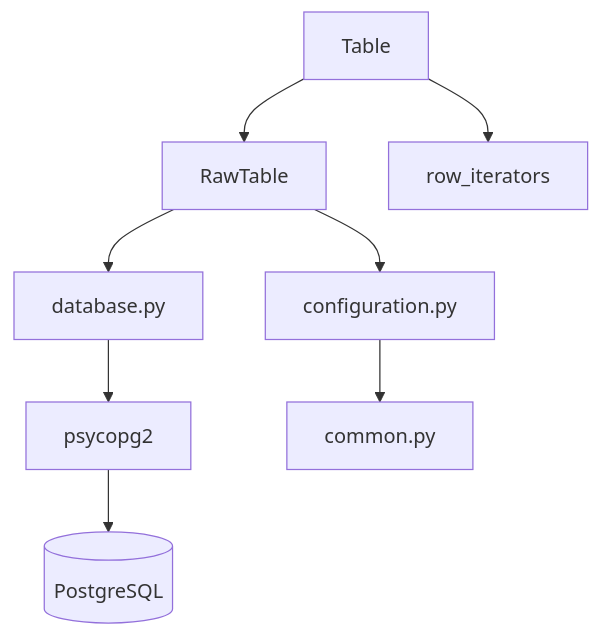
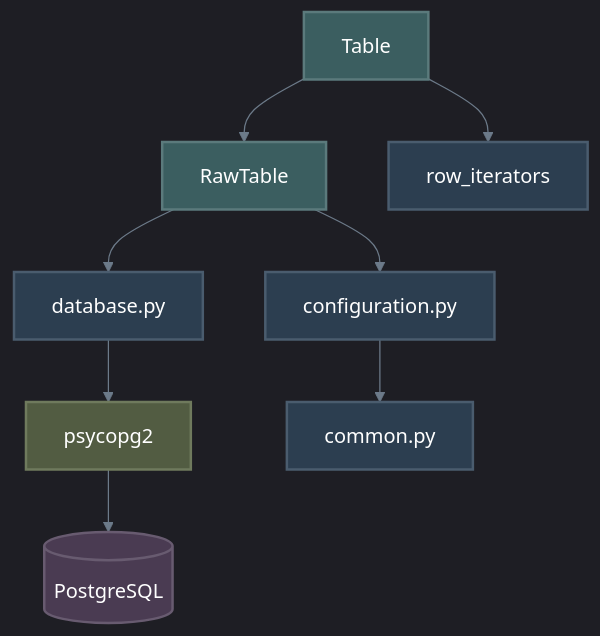
The diagram in docs/components/database/database.md (Shapedsundew9/erasmus-gp), drawn with Mermaid before and after one commit. The commit also changed 21 other files, not shown here.

First line of the commit message:
Enhance Mermaid Diagrams and Color Consistency Across Documentation

````diff
--- a/docs/components/database/database.md
+++ b/docs/components/database/database.md
@@ -9,10 +9,19 @@
 ```mermaid
+%%{init: { 'theme': 'dark', 'themeVariables': { 'lineColor': '#6c7a89', 'textColor': '#edf2f4', 'mainBkg': '#2b2d42', 'primaryBorderColor': '#4a4e69' }}}%%
 graph TD
-    A[Table] --> B[RawTable]
-    B --> C[database.py]
-    C --> D[psycopg2]
-    D --> E[(PostgreSQL)]
-    A --> F[row_iterators]
-    B --> G[configuration.py]
-    G --> H[common.py]
+    %% Base/Default (Dark Slate)
+    classDef default fill:#2b2d42,stroke:#4a4e69,stroke-width:2px,color:#edf2f4
+    classDef dataBlue fill:#3a506b,stroke:#5c6b73,stroke-width:2px,color:#ffffff
+    classDef dataTeal fill:#3b5e60,stroke:#5b7a7c,stroke-width:2px,color:#ffffff
+    classDef dataPlum fill:#4a3b52,stroke:#685b70,stroke-width:2px,color:#ffffff
+    classDef dataOlive fill:#525c42,stroke:#6f7a5d,stroke-width:2px,color:#ffffff
+    classDef dataNavy fill:#2c3e50,stroke:#4a5c6e,stroke-width:2px,color:#ffffff
+
+    A[Table]:::dataTeal --> B[RawTable]:::dataTeal
+    B --> C[database.py]:::dataNavy
+    C --> D[psycopg2]:::dataOlive
+    D --> E[(PostgreSQL)]:::dataPlum
+    A --> F[row_iterators]:::dataNavy
+    B --> G[configuration.py]:::dataNavy
+    G --> H[common.py]:::dataNavy
 ```
````
